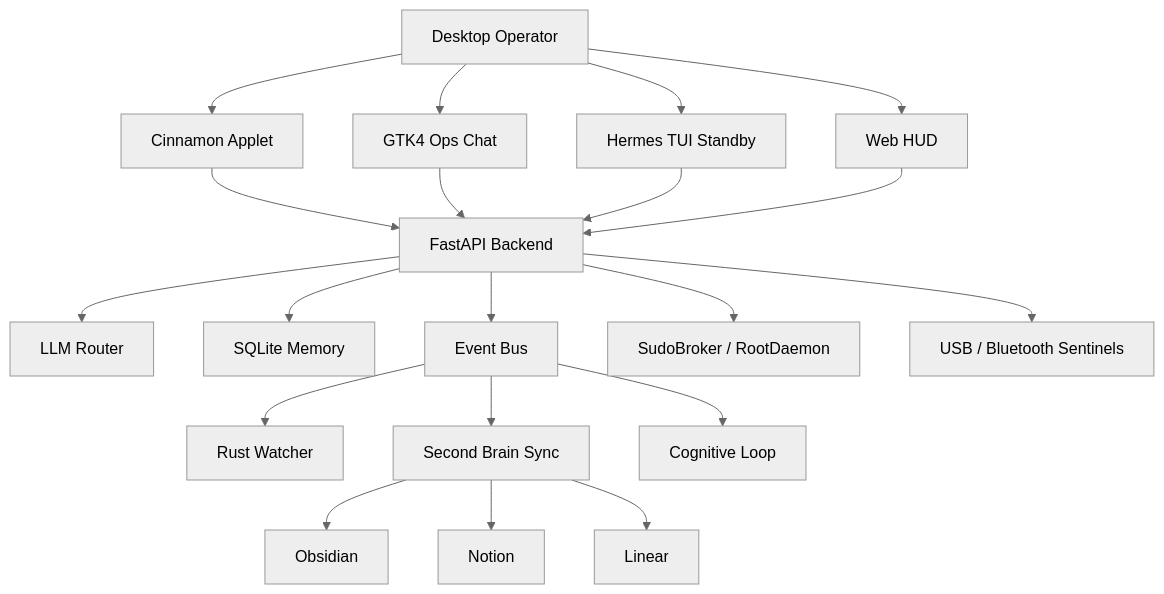
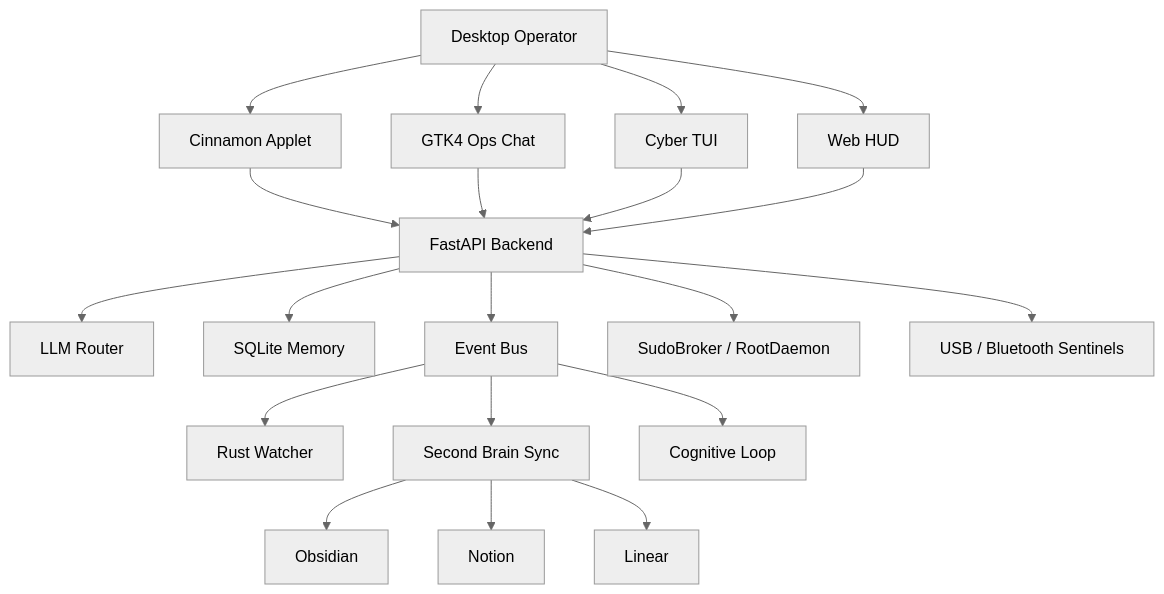
Before and after one commit to zeusinfra/NEXUS: the diagram in docs/RELATORIO_COMPLETO_SISTEMA_2026-05-08.md, drawn with Mermaid (neutral theme). The commit also changed 4 other files, not shown here.

Commit message:
chore(tui): remove hermes launcher

````diff
--- a/docs/RELATORIO_COMPLETO_SISTEMA_2026-05-08.md
+++ b/docs/RELATORIO_COMPLETO_SISTEMA_2026-05-08.md
@@ -51,26 +51,26 @@
 ```mermaid
 flowchart TD
     Desktop[Desktop Operator] --> Applet[Cinnamon Applet]
     Desktop --> GTK[GTK4 Ops Chat]
-    Desktop --> TUI[Hermes TUI Standby]
+    Desktop --> TUI[Cyber TUI]
     Desktop --> HUD[Web HUD]
 
     Applet --> Backend[FastAPI Backend]
     GTK --> Backend
     TUI --> Backend
     HUD --> Backend
 
     Backend --> LLM[LLM Router]
     Backend --> Memory[SQLite Memory]
     Backend --> Events[Event Bus]
     Backend --> Security[SudoBroker / RootDaemon]
     Backend --> Peripheral[USB / Bluetooth Sentinels]
 
     Events --> Watcher[Rust Watcher]
     Events --> SecondBrain[Second Brain Sync]
     Events --> Cognition[Cognitive Loop]
 
     SecondBrain --> Obsidian[Obsidian]
     SecondBrain --> Notion[Notion]
     SecondBrain --> Linear[Linear]
 ```
````
